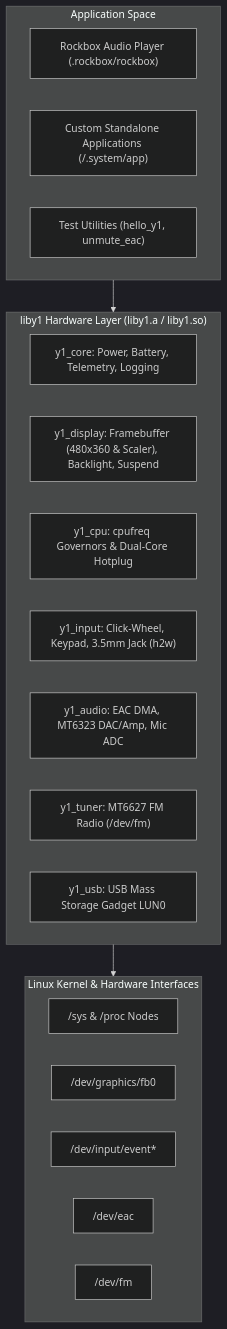
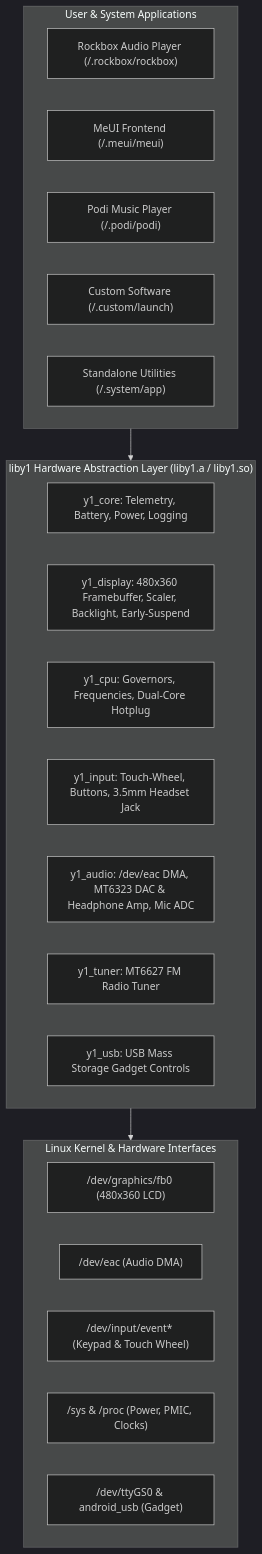
Before and after one commit to norocoral/rockbox: the diagram in hosted_linux_port/docs/LIBY1_GUIDE.md, drawn with Mermaid (dark theme). The commit also changed other lines of this file and 25 other files, not shown here.

````diff
--- a/hosted_linux_port/docs/LIBY1_GUIDE.md
+++ b/hosted_linux_port/docs/LIBY1_GUIDE.md
@@ -18,29 +50,31 @@
 ```mermaid
 flowchart TD
-    subgraph APP_LAYER["Application Space"]
-        RB["Rockbox Audio Player (.rockbox/rockbox)"]
-        CUSTOM["Custom Standalone Applications (/.system/app)"]
-        EXAMPLES["Test Utilities (hello_y1, unmute_eac)"]
+    subgraph APPLICATIONS["User & System Applications"]
+        RB["Rockbox Audio Player (/.rockbox/rockbox)"]
+        MEUI["MeUI Frontend (/.meui/meui)"]
+        PODI["Podi Music Player (/.podi/podi)"]
+        CUSTOM["Custom Software (/.custom/launch)"]
+        DEMO["Standalone Utilities (/.system/app)"]
     end
 
-    subgraph LIBY1["liby1 Hardware Layer (liby1.a / liby1.so)"]
-        CORE["y1_core: Power, Battery, Telemetry, Logging"]
-        DISP["y1_display: Framebuffer (480x360 & Scaler), Backlight, Suspend"]
-        CPU["y1_cpu: cpufreq Governors & Dual-Core Hotplug"]
-        INP["y1_input: Click-Wheel, Keypad, 3.5mm Jack (h2w)"]
-        AUDIO["y1_audio: EAC DMA, MT6323 DAC/Amp, Mic ADC"]
-        TUNER["y1_tuner: MT6627 FM Radio (/dev/fm)"]
-        USB["y1_usb: USB Mass Storage Gadget LUN0"]
+    subgraph LIBY1["liby1 Hardware Abstraction Layer (liby1.a / liby1.so)"]
+        CORE["y1_core: Telemetry, Battery, Power, Logging"]
+        DISP["y1_display: 480x360 Framebuffer, Scaler, Backlight, Early-Suspend"]
+        CPU["y1_cpu: Governors, Frequencies, Dual-Core Hotplug"]
+        INP["y1_input: Touch-Wheel, Buttons, 3.5mm Headset Jack"]
+        AUDIO["y1_audio: /dev/eac DMA, MT6323 DAC & Headphone Amp, Mic ADC"]
+        TUNER["y1_tuner: MT6627 FM Radio Tuner"]
+        USB["y1_usb: USB Mass Storage Gadget Controls"]
     end
 
     subgraph KERNEL["Linux Kernel & Hardware Interfaces"]
-        SYSFS["/sys & /proc Nodes"]
-        FB["/dev/graphics/fb0"]
-        EV["/dev/input/event*"]
-        EAC["/dev/eac"]
-        FM["/dev/fm"]
+        FB["/dev/graphics/fb0 (480x360 LCD)"]
+        EAC["/dev/eac (Audio DMA)"]
+        EV["/dev/input/event* (Keypad & Touch Wheel)"]
+        SYSFS["/sys & /proc (Power, PMIC, Clocks)"]
+        USBG["/dev/ttyGS0 & android_usb (Gadget)"]
     end
 
-    APP_LAYER --> LIBY1
+    APPLICATIONS --> LIBY1
     LIBY1 --> KERNEL
 ```
````
